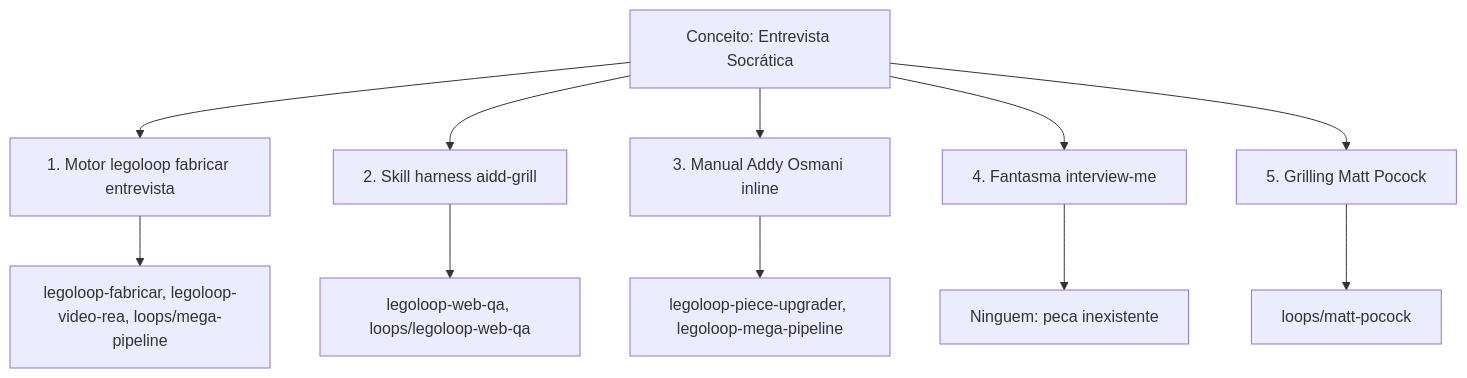
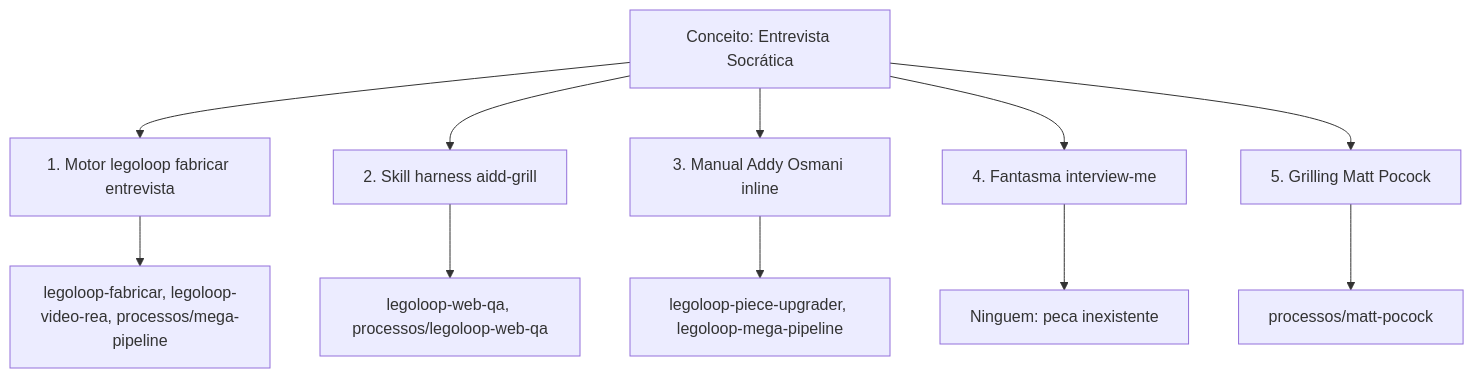
The diagram in docs/archive/reports/2026-11-16_REPORT_AUDITORIA_DISSONANCIA.md (heverton-dev/LegoLoop), drawn with Mermaid before and after one commit. The commit also changed other lines of this file and 549 other files, not shown here.

First line of the commit message:
checkpoint E06: rename loops/ -> processos/ (referencias, hook legado exit 2, TDD mutacoes provadas)

````diff
--- a/docs/archive/reports/2026-11-16_REPORT_AUDITORIA_DISSONANCIA.md
+++ b/docs/archive/reports/2026-11-16_REPORT_AUDITORIA_DISSONANCIA.md
@@ -31,14 +31,14 @@
 ```mermaid
 flowchart TD
     E["Conceito: Entrevista Socrática"]
     E --> I1["1. Motor legoloop fabricar entrevista"]
     E --> I2["2. Skill harness aidd-grill"]
     E --> I3["3. Manual Addy Osmani inline"]
     E --> I4["4. Fantasma interview-me"]
     E --> I5["5. Grilling Matt Pocock"]
-    I1 --> U1["legoloop-fabricar, legoloop-video-rea, loops/mega-pipeline"]
-    I2 --> U2["legoloop-web-qa, loops/legoloop-web-qa"]
+    I1 --> U1["legoloop-fabricar, legoloop-video-rea, processos/mega-pipeline"]
+    I2 --> U2["legoloop-web-qa, processos/legoloop-web-qa"]
     I3 --> U3["legoloop-piece-upgrader, legoloop-mega-pipeline"]
     I4 --> U4["Ninguem: peca inexistente"]
-    I5 --> U5["loops/matt-pocock"]
+    I5 --> U5["processos/matt-pocock"]
 ```
````
